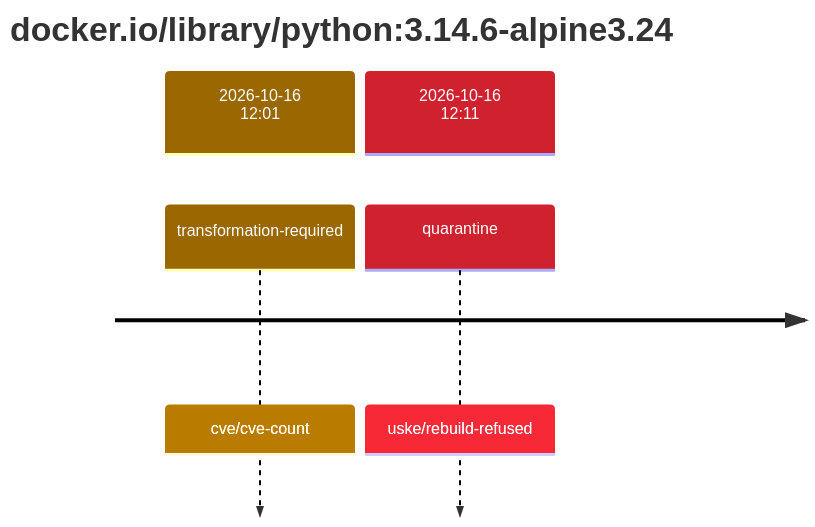
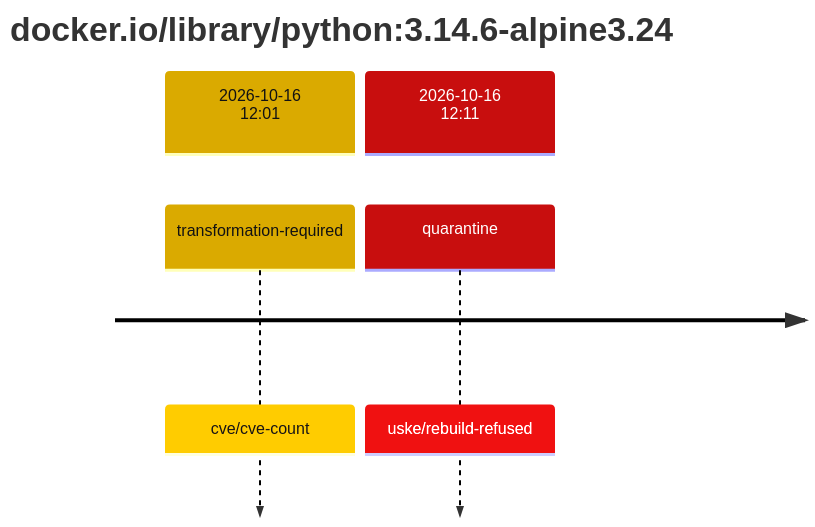
Before and after one commit to trivoallan/base-images: the first of 2 diagrams in results/reports/base-python-3/sha256:df76c26acfd5720410ad9ff0a05ed7985f4ea6fc1e4bc52b766b113583eaa0a6.md, drawn with Mermaid. The commit also changed other lines of this file and 12 other files, not shown here.

````diff
--- a/results/reports/base-python-3/sha256:df76c26acfd5720410ad9ff0a05ed7985f4ea6fc1e4bc52b766b113583eaa0a6.md
+++ b/results/reports/base-python-3/sha256:df76c26acfd5720410ad9ff0a05ed7985f4ea6fc1e4bc52b766b113583eaa0a6.md
@@ -5,9 +5,9 @@
 ```mermaid
-%%{init: {"theme": "default", "themeVariables": {"cScale0": "#9a6700", "cScaleLabel0": "#ffffff", "cScale1": "#cf222e", "cScaleLabel1": "#ffffff"}}}%%
+%%{init: {"theme": "default", "themeVariables": {"cScale0": "#daaa00", "cScaleLabel0": "#121212", "cScale1": "#c80e0e", "cScaleLabel1": "#ffffff"}}}%%
 timeline
     title docker.io/library/python#58;3.14.6-alpine3.24
     section 2026-10-16 12#58;01
         transformation-required : cve/cve-count
     section 2026-10-16 12#58;11
         quarantine : uske/rebuild-refused
 ```
````
